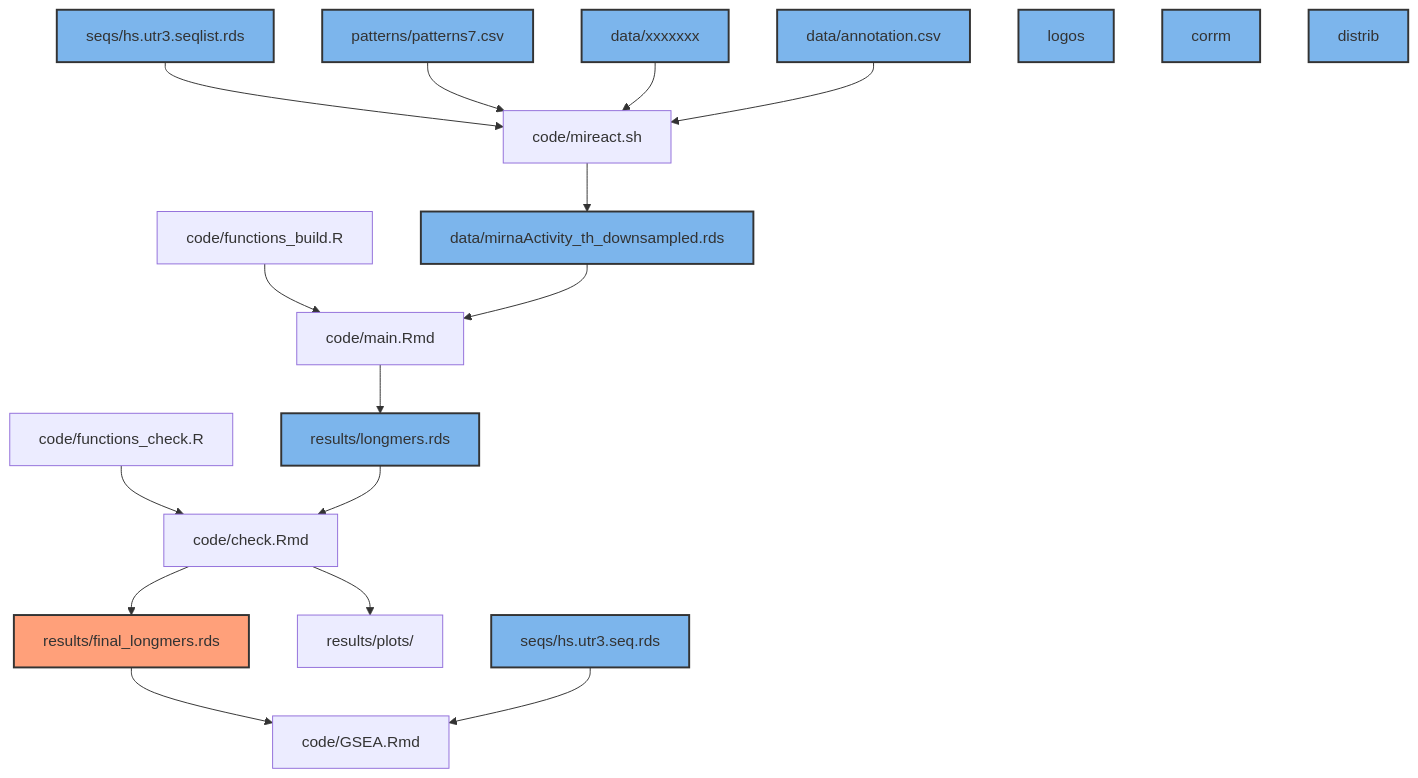
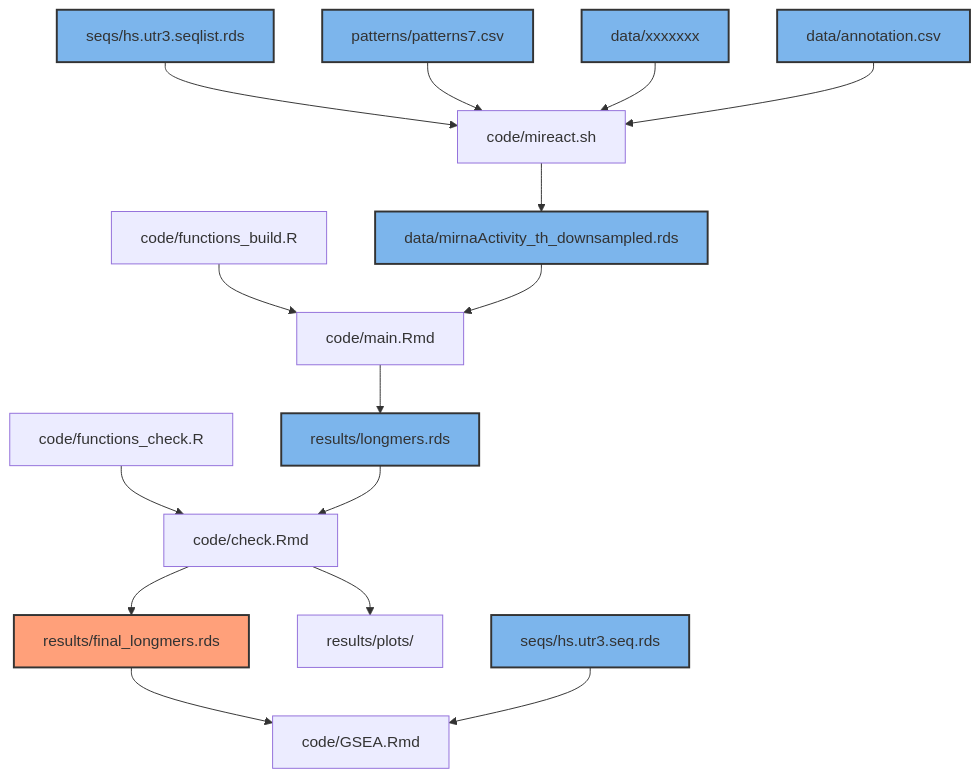
Before and after one commit to PaulaRodrigoMartin/SMLB: the diagram in README.md, drawn with Mermaid.

````diff
--- a/README.md
+++ b/README.md
@@ -1,48 +1,45 @@
 ```mermaid
 graph TD;
     seqlist[seqs/hs.utr3.seqlist.rds]
     seqs[seqs/hs.utr3.seq.rds]
     mireact_input[data/xxxxxxx]
     miReact_output[data/mirnaActivity_th_downsampled.rds]
     7mers[patterns/patterns7.csv]
     annotation[data/annotation.csv]
     miReact[code/mireact.sh]
     functions[code/functions_build.R]
     functionsc[code/functions_check.R]
     main_notebook[code/main.Rmd]
     check_notebook[code/check.Rmd]
     GSEA[code/GSEA.Rmd]
     plots[results/plots/]
     longmers[results/longmers.rds]
     finallongmers[results/final_longmers.rds]
     
 
     style seqlist fill:#7cb5ec,stroke:#333,stroke-width:2px;
     style miReact_output fill:#7cb5ec,stroke:#333,stroke-width:2px;
     style 7mers fill:#7cb5ec,stroke:#333,stroke-width:2px;
     style mireact_input fill:#7cb5ec,stroke:#333,stroke-width:2px;
     style seqs fill:#7cb5ec,stroke:#333,stroke-width:2px;
     style annotation fill:#7cb5ec,stroke:#333,stroke-width:2px;
-    style logos fill:#7cb5ec,stroke:#333,stroke-width:2px;
-    style corrm fill:#7cb5ec,stroke:#333,stroke-width:2px;
-    style distrib fill:#7cb5ec,stroke:#333,stroke-width:2px;
     style longmers fill:#7cb5ec,stroke:#333,stroke-width:2px;
     style finallongmers fill:#FFA07A,stroke:#333,stroke-width:2px;
 
 
     seqlist-->miReact
     7mers-->miReact
     mireact_input-->miReact
     annotation-->miReact
     miReact-->miReact_output
     functions-->main_notebook
     functionsc-->check_notebook
     main_notebook-->longmers
     longmers-->check_notebook
     check_notebook-->plots
     check_notebook-->finallongmers
     finallongmers-->GSEA
     seqs-->GSEA
     miReact_output-->main_notebook
 
 ```
````
